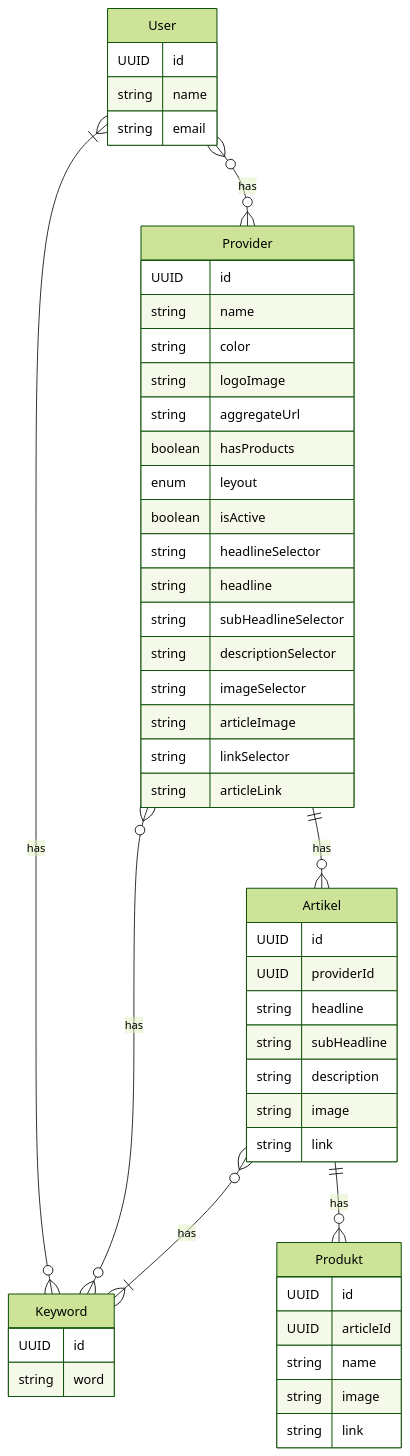
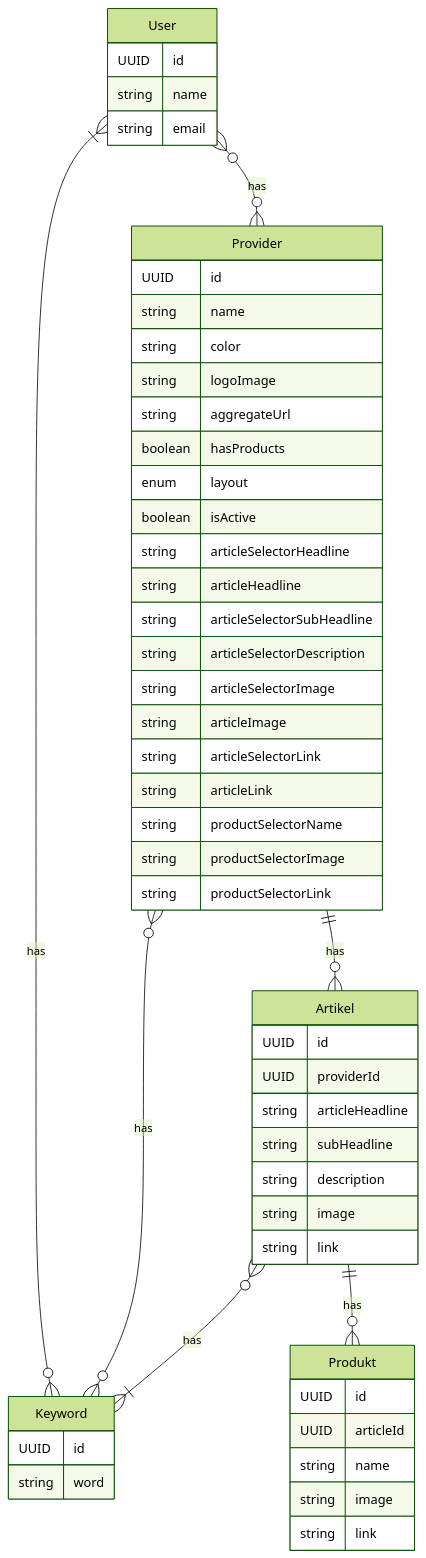
Before and after one commit to Skanky0815/NerdBubble: the diagram in doku/docs/architecture/8_Querschnittliche_Konzepte.md, drawn with Mermaid (forest theme). The commit also changed 1 other file, not shown here.

Commit message:
doku: fix naming

````diff
--- a/doku/docs/architecture/8_Querschnittliche_Konzepte.md
+++ b/doku/docs/architecture/8_Querschnittliche_Konzepte.md
@@ -5,53 +5,56 @@
 ```mermaid
 erDiagram
     User }|--o{ Keyword: has
     User }o--o{ Provider: has
     User {
         UUID id
         string name
         string email
     }
     Provider }o--o{ Keyword: has
     Provider ||--o{ Artikel: has
     Provider {
         UUID id
         string name
         string color
         string logoImage
         string aggregateUrl
         boolean hasProducts
-        enum leyout
+        enum layout
         boolean isActive
-        string headlineSelector
-        string headline
-        string subHeadlineSelector
-        string descriptionSelector
-        string imageSelector
+        string articleSelectorHeadline
+        string articleHeadline
+        string articleSelectorSubHeadline
+        string articleSelectorDescription
+        string articleSelectorImage
         string articleImage
-        string linkSelector
+        string articleSelectorLink
         string articleLink
+        string productSelectorName
+        string productSelectorImage
+        string productSelectorLink
     }
     Keyword {
         UUID id
         string word
     }
     Artikel ||--o{ Produkt: has
     Artikel }o--|{ Keyword: has
     Artikel {
         UUID id
         UUID providerId
-        string headline
+        string articleHeadline
         string subHeadline
         string description
         string image
         string link
     }
     Produkt {
         UUID id
         UUID articleId
         string name
         string image
         string link
     }
     
 ```
````
